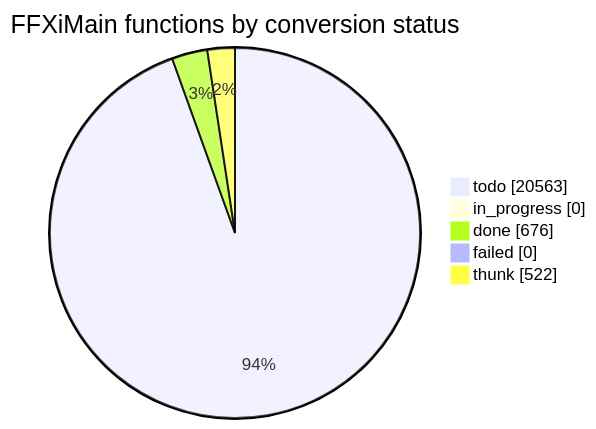
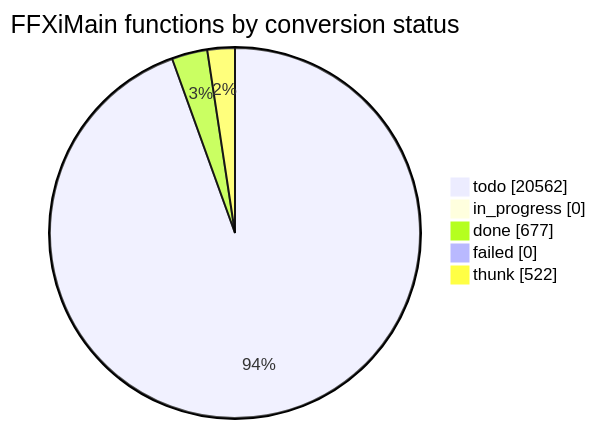
The diagram in docs/cow/STATUS.md (cowrevenge/cow_kuluu_xi_anything), drawn with Mermaid before and after one commit. The commit also changed other lines of this file and 9 other files, not shown here.

````diff
--- a/docs/cow/STATUS.md
+++ b/docs/cow/STATUS.md
@@ -18,9 +18,9 @@
 ```mermaid
 pie showData
     title FFXiMain functions by conversion status
-    "todo" : 20563
+    "todo" : 20562
     "in_progress" : 0
-    "done" : 676
+    "done" : 677
     "failed" : 0
     "thunk" : 522
 ```
````
